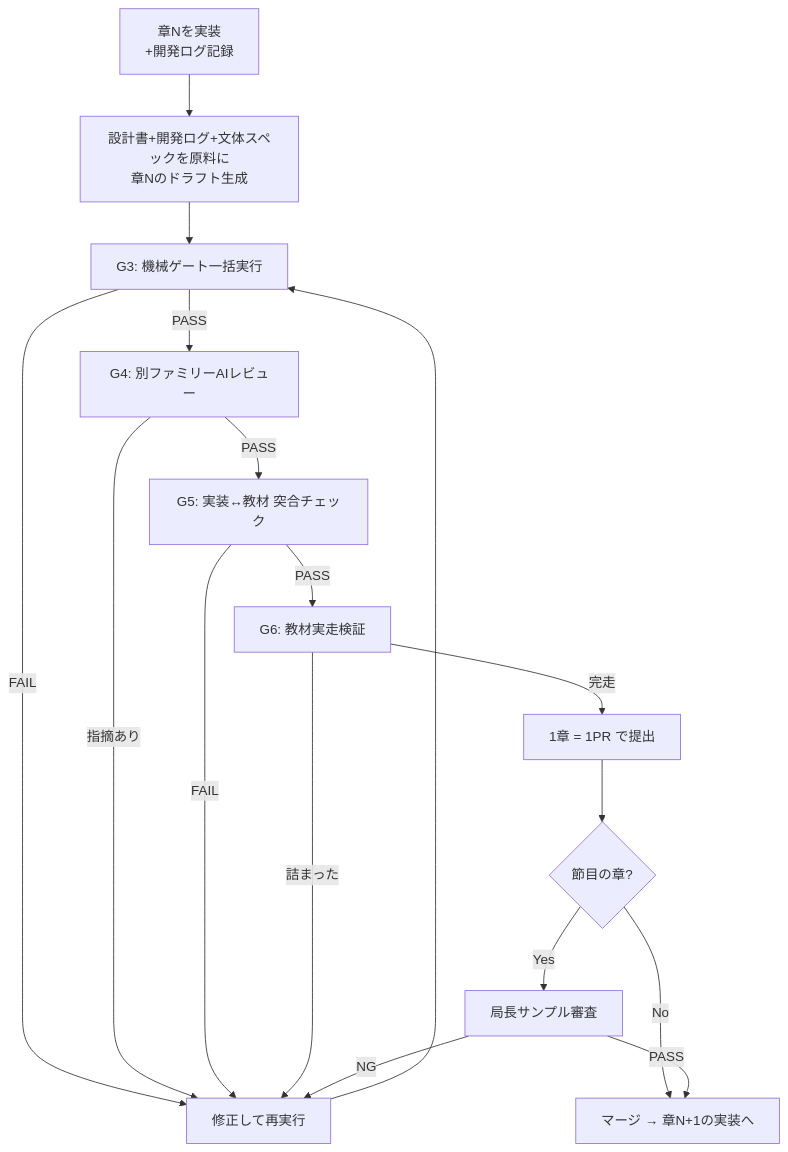
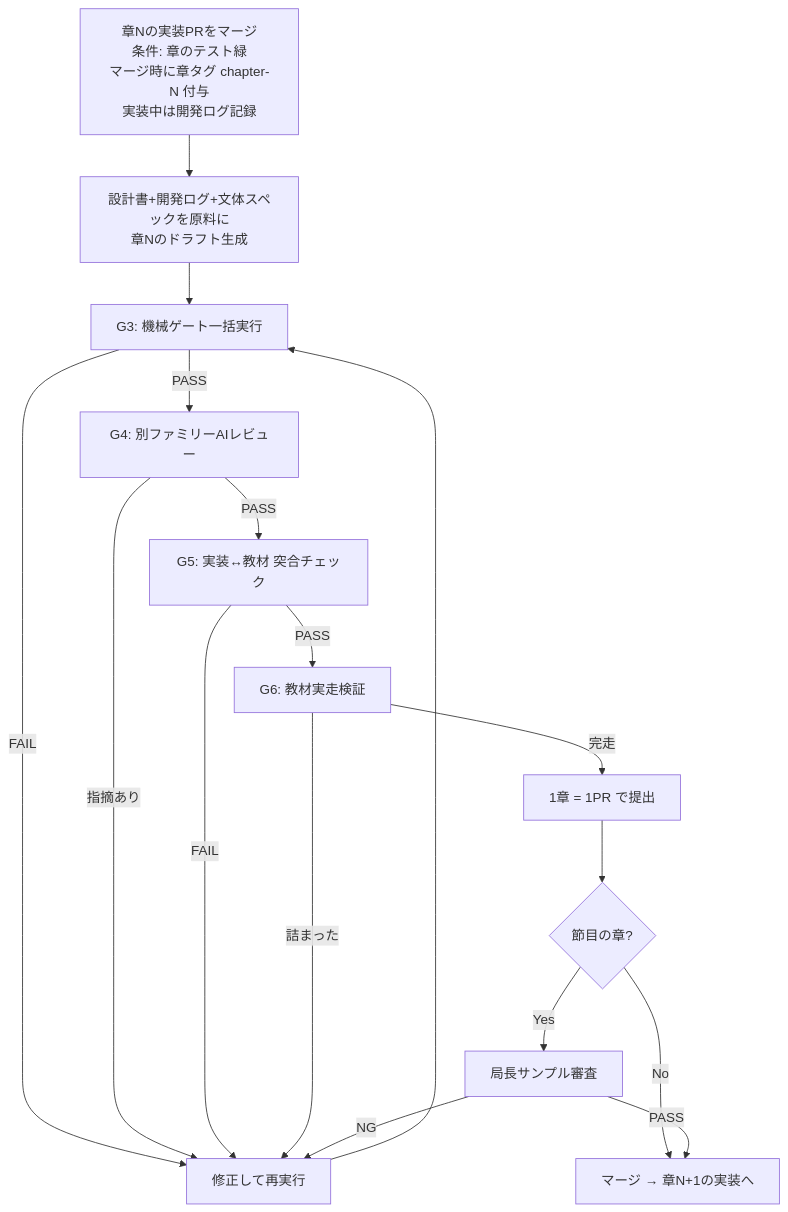
Before and after one commit to kouiso/sns-app: the diagram in material/10_教材制作フロー.md, drawn with Mermaid. The commit also changed other lines of this file and 16 other files, not shown here.

````diff
--- a/material/10_教材制作フロー.md
+++ b/material/10_教材制作フロー.md
@@ -94,18 +100,18 @@
 ```mermaid
 flowchart TD
-  Z[章Nを実装<br>+開発ログ記録] --> A[設計書+開発ログ+文体スペックを原料に<br>章Nのドラフト生成]
+  Z[章Nの実装PRをマージ<br>条件: 章のテスト緑<br>マージ時に章タグ chapter-N 付与<br>実装中は開発ログ記録] --> A[設計書+開発ログ+文体スペックを原料に<br>章Nのドラフト生成]
   A --> B[G3: 機械ゲート一括実行]
   B -->|FAIL| A2[修正して再実行] --> B
   B -->|PASS| C[G4: 別ファミリーAIレビュー]
   C -->|指摘あり| A2
   C -->|PASS| D[G5: 実装↔教材 突合チェック]
   D -->|FAIL| A2
   D -->|PASS| D2[G6: 教材実走検証]
   D2 -->|詰まった| A2
   D2 -->|完走| E[1章 = 1PR で提出]
   E --> F{節目の章?}
   F -->|Yes| G[局長サンプル審査]
   F -->|No| H[マージ → 章N+1の実装へ]
   G -->|PASS| H
   G -->|NG| A2
 ```
````
